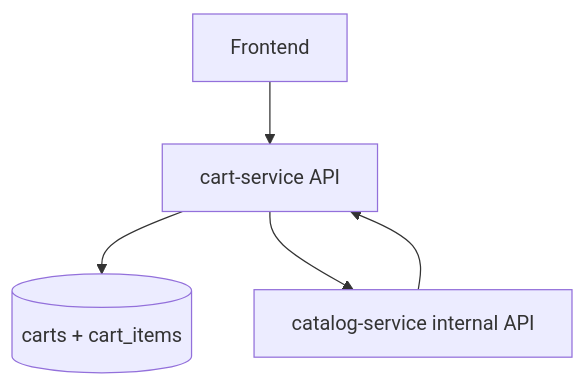
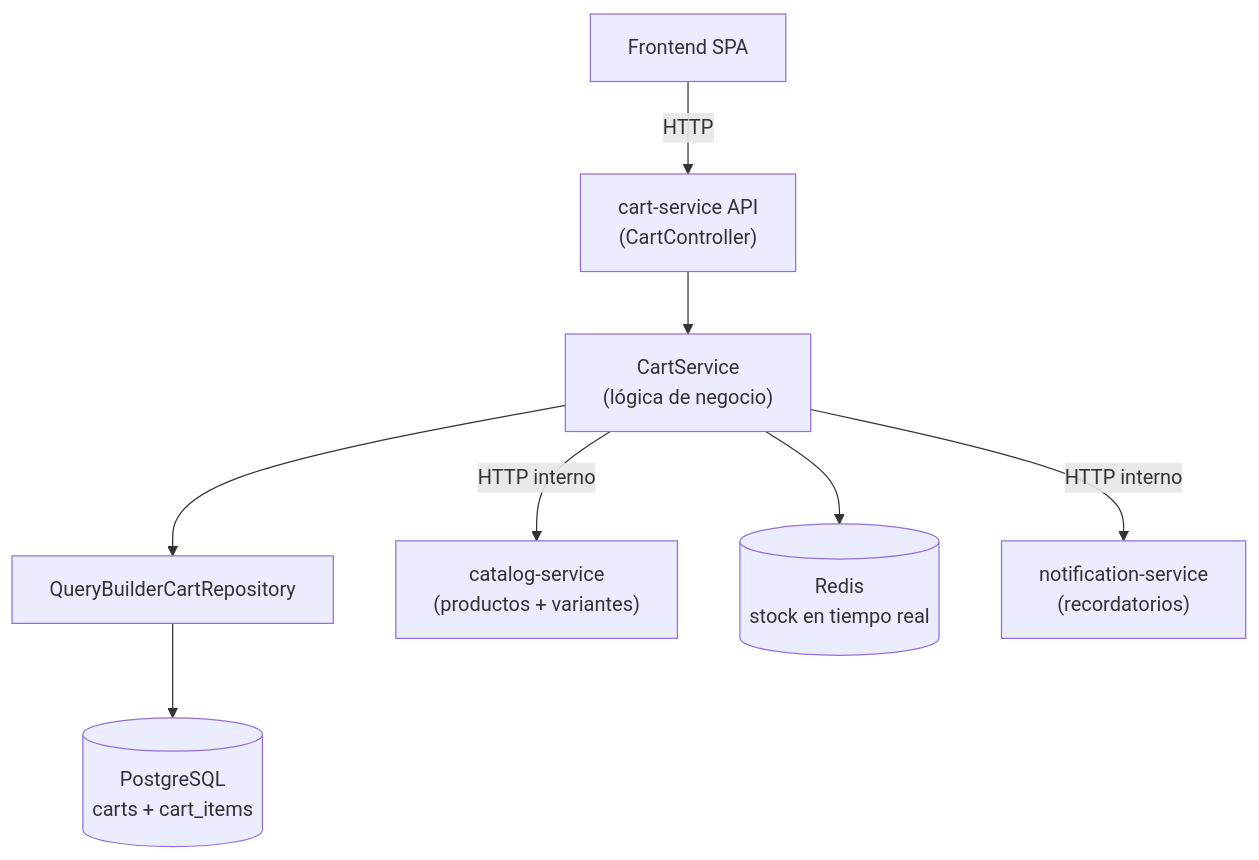
One commit to Braian551/Angelow_microservices changed the diagram in services/cart-service/docs/README.md. Above: the diagram before and after it, drawn with Mermaid. The commit also changed other lines of this file and 259 other files, not shown here.

Commit message:
fix:coments in services audit, auth, cart, catalog, discount

````diff
--- a/services/cart-service/docs/README.md
+++ b/services/cart-service/docs/README.md
@@ -9,7 +13,11 @@
 ```mermaid
 flowchart TD
-  FE["Frontend"] --> API["cart-service API"]
-  API --> DB[("carts + cart_items")]
-  API --> CAT["catalog-service internal API"]
-  CAT --> API
+  FE["Frontend SPA"] -->|HTTP| API["cart-service API<br/>(CartController)"]
+  API --> SVC["CartService<br/>(lógica de negocio)"]
+  SVC --> REPO["QueryBuilderCartRepository"]
+  REPO --> DB[("PostgreSQL<br/>carts + cart_items")]
+
+  SVC -->|HTTP interno| CAT["catalog-service<br/>(productos + variantes)"]
+  SVC --> REDIS[("Redis<br/>stock en tiempo real")]
+  SVC -->|HTTP interno| NOTIF["notification-service<br/>(recordatorios)"]
 ```
````
